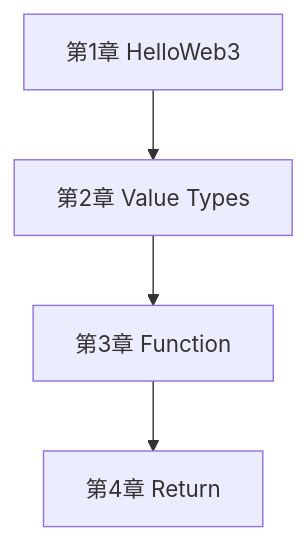
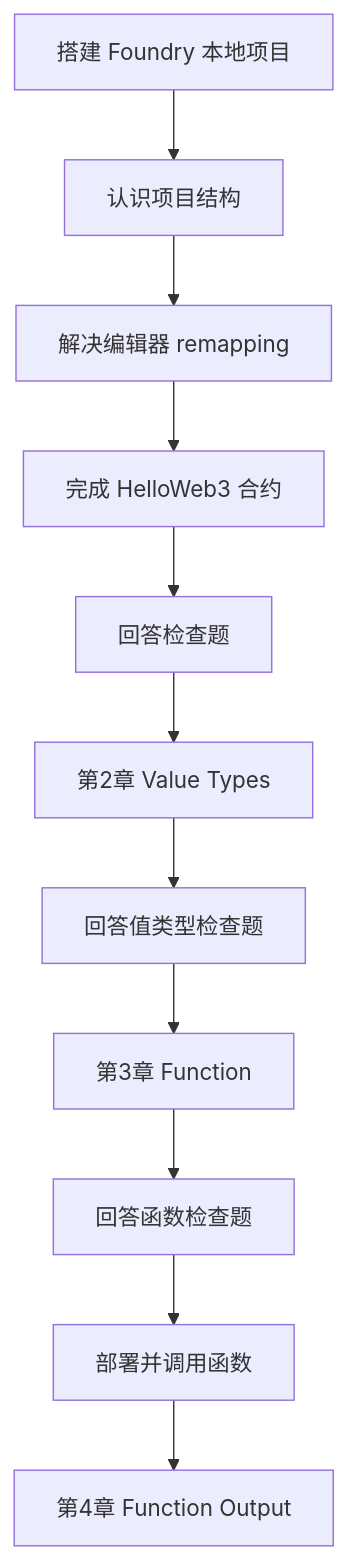
Before and after one commit to daxiguaguagua-hash/wtf-academy-learning: the fourth of 4 diagrams in 交接记录.md, drawn with Mermaid. The commit also changed other lines of this file and 3 other files, not shown here.

````diff
--- a/交接记录.md
+++ b/交接记录.md
@@ -74,6 +140,13 @@
 ```mermaid
 flowchart TD
-A[第1章 HelloWeb3] --> B[第2章 Value Types]
-B --> C[第3章 Function]
-C --> D[第4章 Return]
+A[搭建 Foundry 本地项目] --> B[认识项目结构]
+B --> C[解决编辑器 remapping]
+C --> D[完成 HelloWeb3 合约]
+D --> E[回答检查题]
+E --> F[第2章 Value Types]
+F --> G[回答值类型检查题]
+G --> H[第3章 Function]
+H --> I[回答函数检查题]
+I --> J[部署并调用函数]
+J --> K[第4章 Function Output]
 ```
````
